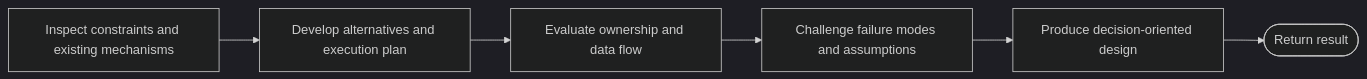
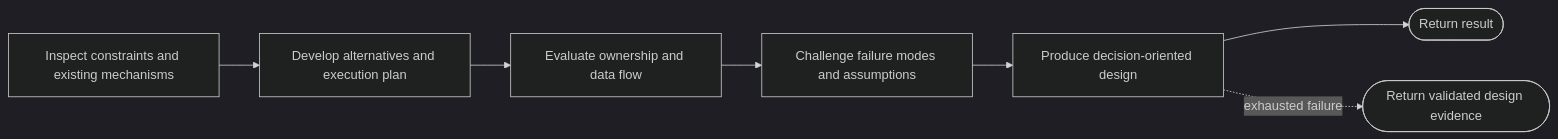
The diagram in modules/phenix-pi/definitions/workflows/sources/design.workflow.md (matthis-k/phenix-agent-harness), drawn with Mermaid (dark theme) before and after one commit. The commit also changed other lines of this file and 9 other files, not shown here.

````diff
--- a/modules/phenix-pi/definitions/workflows/sources/design.workflow.md
+++ b/modules/phenix-pi/definitions/workflows/sources/design.workflow.md
@@ -16,8 +16,9 @@
 ```mermaid
 flowchart LR
     inspect[Inspect constraints and existing mechanisms] --> alternatives[Develop alternatives and execution plan]
     alternatives --> architecture[Evaluate ownership and data flow]
     architecture --> critique[Challenge failure modes and assumptions]
     critique --> finalize[Produce decision-oriented design]
     finalize --> return([Return result])
+    finalize -. exhausted failure .-> fallback([Return validated design evidence])
 ```
````
